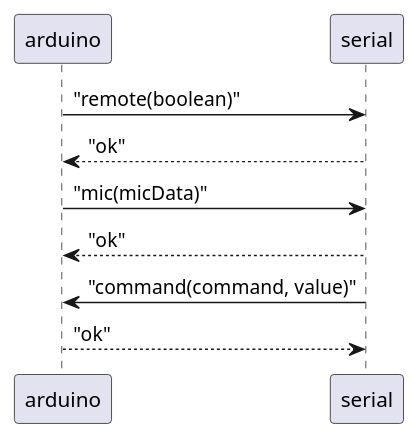
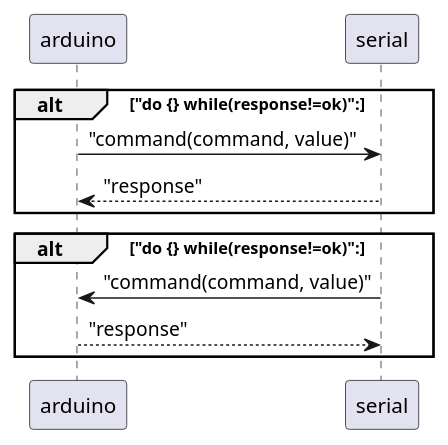
The diagram in design/acc/serial.puml (giuliobosco/freqline), drawn with PlantUML before and after one commit. The commit also changed 1 other file, not shown here.

Commit message:
fix design/acc/serial

```diff
--- a/design/acc/serial.puml
+++ b/design/acc/serial.puml
@@ -1,12 +1,13 @@
 @startuml
 
-arduino -> serial : "remote(boolean)"
-serial --> arduino : "ok"
+alt "do {} while(response!=ok)":
+    arduino -> serial : "command(command, value)"
+    serial --> arduino : "response"
+end
 
-arduino -> serial : "mic(micData)"
-serial --> arduino : "ok"
-
-serial -> arduino : "command(command, value)"
-arduino --> serial : "ok"
+alt "do {} while(response!=ok)":
+    serial -> arduino : "command(command, value)"
+    arduino --> serial : "response"
+end
 
 @enduml
```
